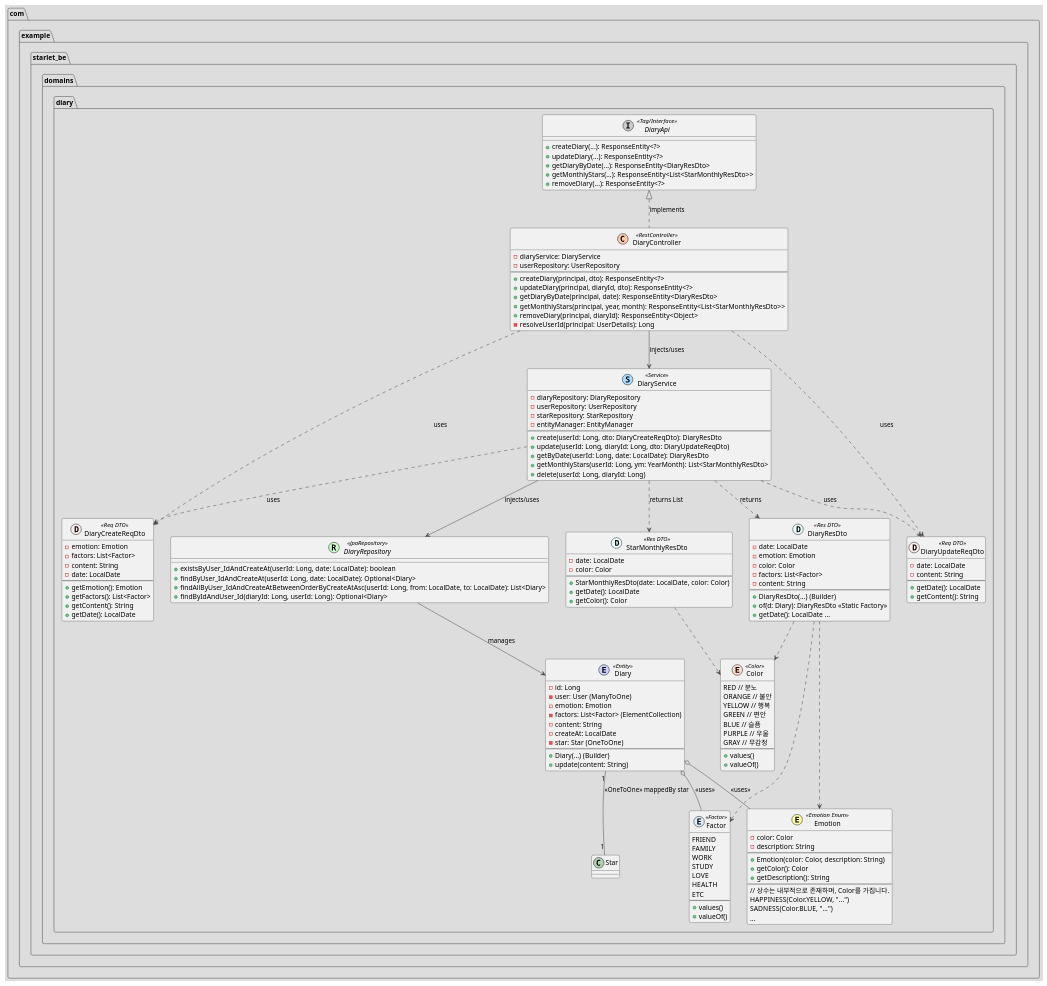
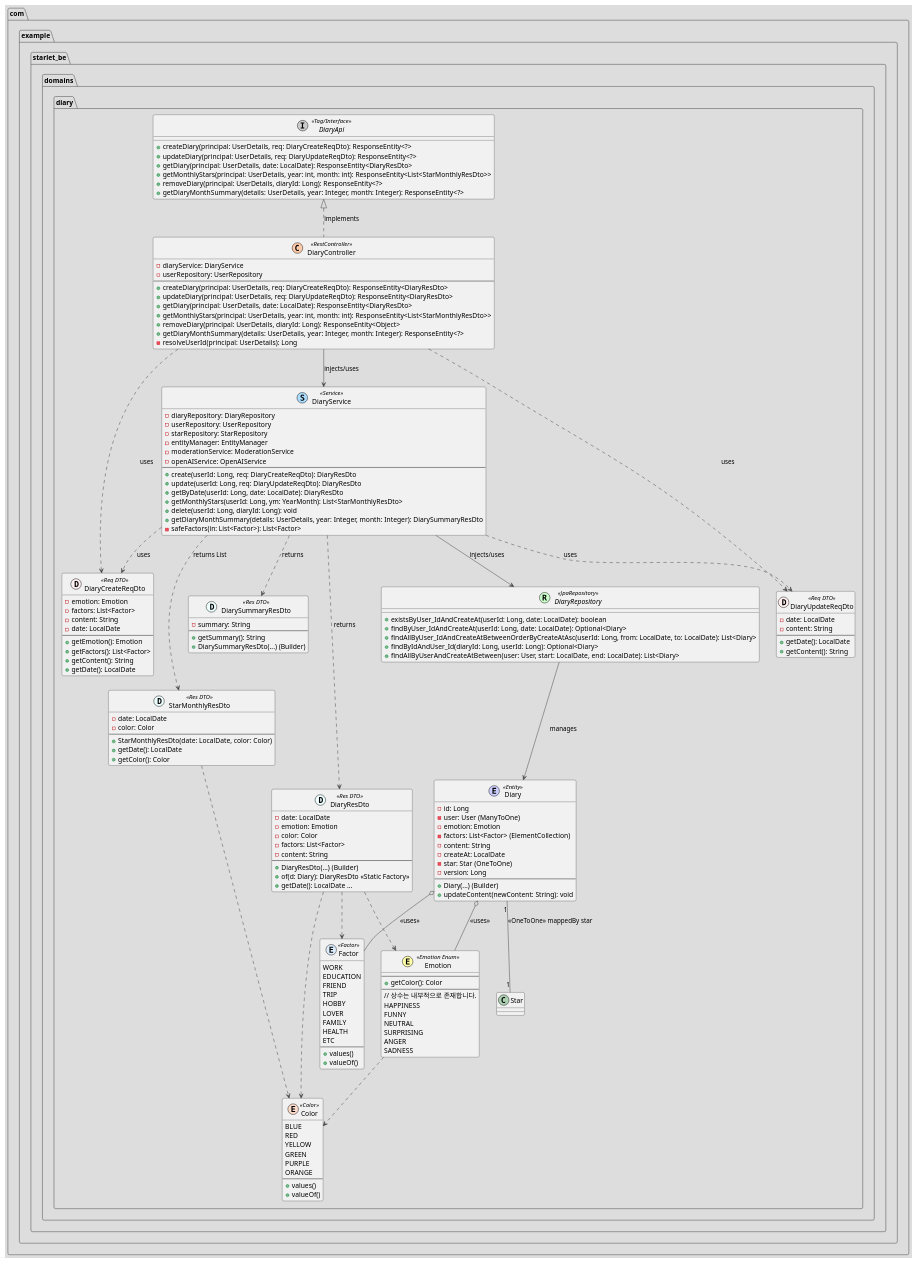
The diagram in SDS/Class Diagram UML/diary.puml (2025-YU-SE-Project/Starlet_doc), drawn with PlantUML before and after one commit. The commit also changed 2 other files, not shown here.

Commit message:
edit : diary.puml, email.puml, verify.puml 최신화

```diff
--- a/SDS/Class Diagram UML/diary.puml
+++ b/SDS/Class Diagram UML/diary.puml
@@ -1,159 +1,176 @@
 @startuml
 !theme toy
 top to bottom direction
 
 package "com.example.starlet_be.domains.diary" {
 
     enum Color << (E,#FFDDCC) Color >> {
-        RED // 분노
-        ORANGE // 불안
-        YELLOW // 행복
-        GREEN // 편안
-        BLUE // 슬픔
-        PURPLE // 우울
-        GRAY // 무감정
+        BLUE
+        RED
+        YELLOW
+        GREEN
+        PURPLE
+        ORANGE
         --
         + values()
         + valueOf()
     }
 
     enum Factor << (E,#DDEEFF) Factor >> {
+        WORK
+        EDUCATION
         FRIEND
+        TRIP
+        HOBBY
+        LOVER
         FAMILY
-        WORK
-        STUDY
-        LOVE
         HEALTH
         ETC
         --
         + values()
         + valueOf()
     }
 
     class Emotion << (E,#FFFFAA) Emotion Enum >> {
-        - color: Color
-        - description: String
         --
-        + Emotion(color: Color, description: String)
         + getColor(): Color
-        + getDescription(): String
         --
-        // 상수는 내부적으로 존재하며, Color를 가집니다.
-        HAPPINESS(Color.YELLOW, "...")
-        SADNESS(Color.BLUE, "...")
-        ...
+        // 상수는 내부적으로 존재합니다.
+        HAPPINESS
+        FUNNY
+        NEUTRAL
+        SURPRISING
+        ANGER
+        SADNESS
     }
+    Emotion ..> Color
 
     class DiaryCreateReqDto << (D,#FFEEEE) Req DTO >> {
         - emotion: Emotion
         - factors: List<Factor>
         - content: String
         - date: LocalDate
         --
         + getEmotion(): Emotion
         + getFactors(): List<Factor>
         + getContent(): String
         + getDate(): LocalDate
     }
 
     class DiaryUpdateReqDto << (D,#FFEEEE) Req DTO >> {
         - date: LocalDate
         - content: String
         --
         + getDate(): LocalDate
         + getContent(): String
+    }
+
+    class DiarySummaryResDto << (D,#EEFFFF) Res DTO >> {
+        - summary: String
+        --
+        + getSummary(): String
+        + DiarySummaryResDto(...) (Builder)
     }
 
     class DiaryResDto << (D,#EEFFFF) Res DTO >> {
         - date: LocalDate
         - emotion: Emotion
         - color: Color
         - factors: List<Factor>
         - content: String
         --
         + DiaryResDto(...) (Builder)
         + of(d: Diary): DiaryResDto << Static Factory >>
         + getDate(): LocalDate ...
     }
     DiaryResDto ..> Color
     DiaryResDto ..> Emotion
     DiaryResDto ..> Factor
 
     class StarMonthlyResDto << (D,#EEFFFF) Res DTO >> {
         - date: LocalDate
         - color: Color
         --
         + StarMonthlyResDto(date: LocalDate, color: Color)
         + getDate(): LocalDate
         + getColor(): Color
     }
     StarMonthlyResDto ..> Color
 
     class Diary << (E,#CCCFFF) Entity >> {
         - id: Long
         - user: User (ManyToOne)
         - emotion: Emotion
         - factors: List<Factor> (ElementCollection)
         - content: String
         - createAt: LocalDate
         - star: Star (OneToOne)
+        - version: Long
         --
         + Diary(...) (Builder)
-        + update(content: String)
+        + updateContent(newContent: String): void
     }
     Diary o-- Emotion : <<uses>>
     Diary o-- Factor : <<uses>>
     Diary "1" -- "1" Star : <<OneToOne>> mappedBy star
 
     interface DiaryRepository << (R,#CCFFCC) JpaRepository >> {
         + existsByUser_IdAndCreateAt(userId: Long, date: LocalDate): boolean
         + findByUser_IdAndCreateAt(userId: Long, date: LocalDate): Optional<Diary>
         + findAllByUser_IdAndCreateAtBetweenOrderByCreateAtAsc(userId: Long, from: LocalDate, to: LocalDate): List<Diary>
         + findByIdAndUser_Id(diaryId: Long, userId: Long): Optional<Diary>
+        + findAllByUserAndCreateAtBetween(user: User, start: LocalDate, end: LocalDate): List<Diary>
     }
     DiaryRepository --> Diary : manages
 
     class DiaryService << (S,#AADDFF) Service >> {
         - diaryRepository: DiaryRepository
         - userRepository: UserRepository
         - starRepository: StarRepository
         - entityManager: EntityManager
+        - moderationService: ModerationService
+        - openAIService: OpenAIService
         --
-        + create(userId: Long, dto: DiaryCreateReqDto): DiaryResDto
-        + update(userId: Long, diaryId: Long, dto: DiaryUpdateReqDto)
+        + create(userId: Long, req: DiaryCreateReqDto): DiaryResDto
+        + update(userId: Long, req: DiaryUpdateReqDto): DiaryResDto
         + getByDate(userId: Long, date: LocalDate): DiaryResDto
         + getMonthlyStars(userId: Long, ym: YearMonth): List<StarMonthlyResDto>
-        + delete(userId: Long, diaryId: Long)
+        + delete(userId: Long, diaryId: Long): void
+        + getDiaryMonthSummary(details: UserDetails, year: Integer, month: Integer): DiarySummaryResDto
+        - safeFactors(in: List<Factor>): List<Factor>
     }
     DiaryService --> DiaryRepository : injects/uses
     DiaryService ..> DiaryCreateReqDto : uses
     DiaryService ..> DiaryUpdateReqDto : uses
     DiaryService ..> DiaryResDto : returns
     DiaryService ..> StarMonthlyResDto : returns List
+    DiaryService ..> DiarySummaryResDto : returns
 
     interface DiaryApi << (I,#CCCCCC) Tag/Interface >> {
-        + createDiary(...): ResponseEntity<?>
-        + updateDiary(...): ResponseEntity<?>
-        + getDiaryByDate(...): ResponseEntity<DiaryResDto>
-        + getMonthlyStars(...): ResponseEntity<List<StarMonthlyResDto>>
-        + removeDiary(...): ResponseEntity<?>
+        + createDiary(principal: UserDetails, req: DiaryCreateReqDto): ResponseEntity<?>
+        + updateDiary(principal: UserDetails, req: DiaryUpdateReqDto): ResponseEntity<?>
+        + getDiary(principal: UserDetails, date: LocalDate): ResponseEntity<DiaryResDto>
+        + getMonthlyStars(principal: UserDetails, year: int, month: int): ResponseEntity<List<StarMonthlyResDto>>
+        + removeDiary(principal: UserDetails, diaryId: Long): ResponseEntity<?>
+        + getDiaryMonthSummary(details: UserDetails, year: Integer, month: Integer): ResponseEntity<?>
     }
 
     class DiaryController << (C,#FFCCAA) RestController >> {
         - diaryService: DiaryService
         - userRepository: UserRepository
         --
-        + createDiary(principal, dto): ResponseEntity<?>
-        + updateDiary(principal, diaryId, dto): ResponseEntity<?>
-        + getDiaryByDate(principal, date): ResponseEntity<DiaryResDto>
-        + getMonthlyStars(principal, year, month): ResponseEntity<List<StarMonthlyResDto>>
-        + removeDiary(principal, diaryId): ResponseEntity<Object>
+        + createDiary(principal: UserDetails, req: DiaryCreateReqDto): ResponseEntity<DiaryResDto>
+        + updateDiary(principal: UserDetails, req: DiaryUpdateReqDto): ResponseEntity<DiaryResDto>
+        + getDiary(principal: UserDetails, date: LocalDate): ResponseEntity<DiaryResDto>
+        + getMonthlyStars(principal: UserDetails, year: int, month: int): ResponseEntity<List<StarMonthlyResDto>>
+        + removeDiary(principal: UserDetails, diaryId: Long): ResponseEntity<Object>
+        + getDiaryMonthSummary(details: UserDetails, year: Integer, month: Integer): ResponseEntity<?>
         - resolveUserId(principal: UserDetails): Long
     }
 
     DiaryController .up.|> DiaryApi : implements
     DiaryController --> DiaryService : injects/uses
     DiaryController ..> DiaryCreateReqDto : uses
     DiaryController ..> DiaryUpdateReqDto : uses
 }
 @enduml
```
